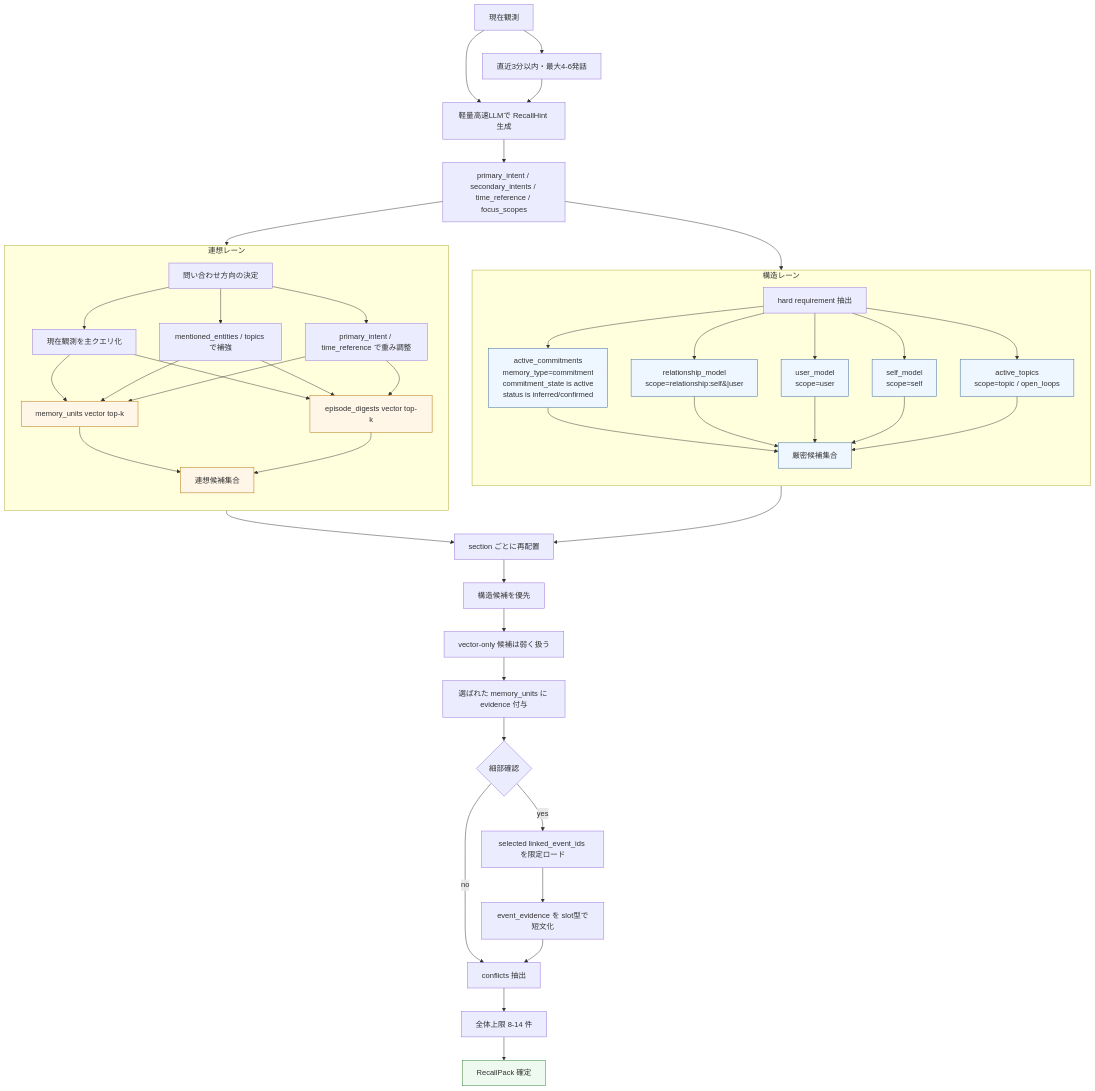
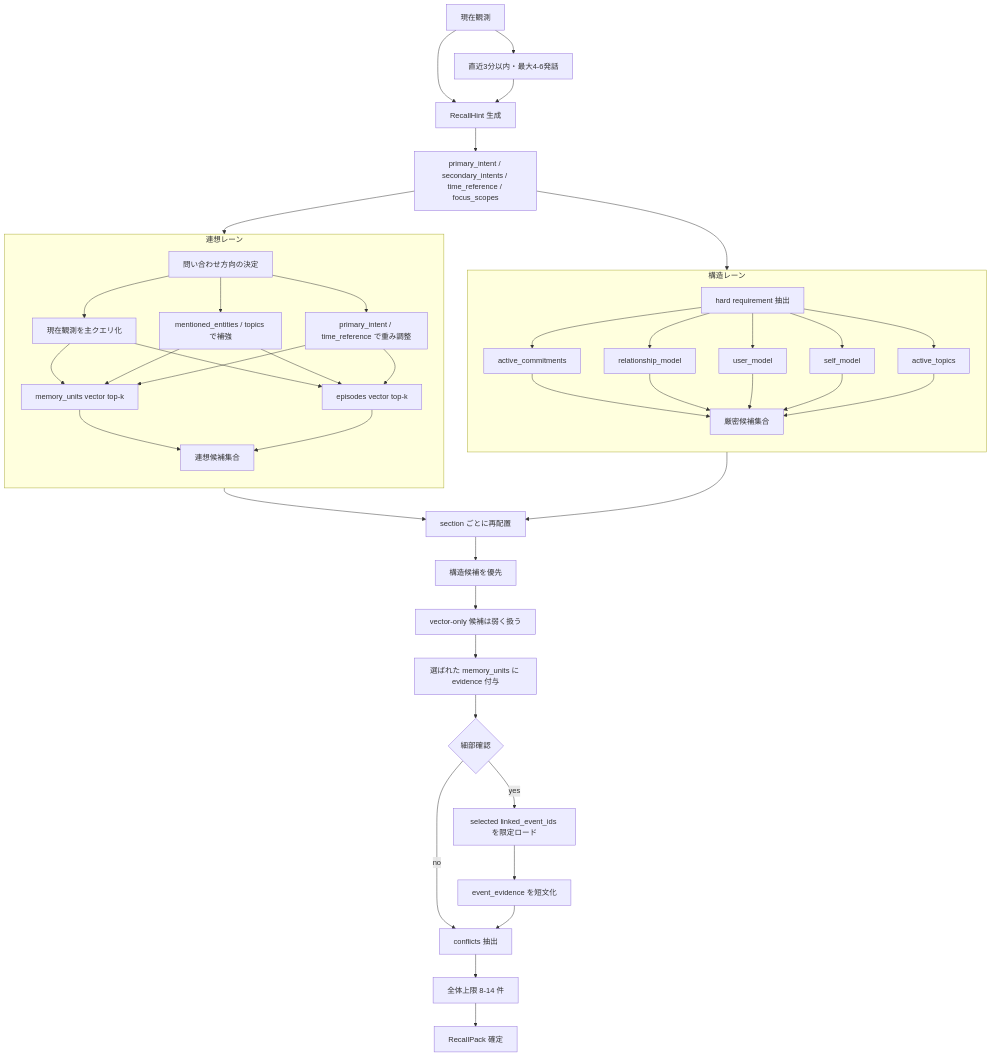
Before and after one commit to hirona98/OtomeKairo: the second of 4 diagrams in docs/design/memory/05_想起と判断フロー図.md, drawn with Mermaid. The commit also changed other lines of this file and 15 other files, not shown here.

````diff
--- a/docs/design/memory/05_想起と判断フロー図.md
+++ b/docs/design/memory/05_想起と判断フロー図.md
@@ -106,73 +97,66 @@
 ```mermaid
 flowchart TD
     A[現在観測] --> B[直近3分以内・最大4-6発話]
-    A --> C[軽量高速LLMで RecallHint 生成]
+    A --> C[RecallHint 生成]
     B --> C
     C --> D[primary_intent / secondary_intents / time_reference / focus_scopes]
 
     D --> E1
     D --> E2
 
     subgraph SL[構造レーン]
         direction TB
         E1[hard requirement 抽出]
-        F1[active_commitments<br/>memory_type=commitment<br/>commitment_state is active<br/>status is inferred/confirmed]
-        F2[relationship_model<br/>scope=relationship:self&#124;user]
-        F3[user_model<br/>scope=user]
-        F4[self_model<br/>scope=self]
-        F5[active_topics<br/>scope=topic / open_loops]
+        F1[active_commitments]
+        F2[relationship_model]
+        F3[user_model]
+        F4[self_model]
+        F5[active_topics]
         G1[厳密候補集合]
         E1 --> F1
         E1 --> F2
         E1 --> F3
         E1 --> F4
         E1 --> F5
         F1 --> G1
         F2 --> G1
         F3 --> G1
         F4 --> G1
         F5 --> G1
     end
 
     subgraph VL[連想レーン]
         direction TB
         E2[問い合わせ方向の決定]
         H1[現在観測を主クエリ化]
         H2[mentioned_entities / topics で補強]
         H3[primary_intent / time_reference で重み調整]
         H4[memory_units vector top-k]
-        H5[episode_digests vector top-k]
+        H5[episodes vector top-k]
         H6[連想候補集合]
         E2 --> H1
         E2 --> H2
         E2 --> H3
         H1 --> H4
         H1 --> H5
         H2 --> H4
         H2 --> H5
         H3 --> H4
         H3 --> H5
         H4 --> H6
         H5 --> H6
     end
 
     G1 --> I[section ごとに再配置]
     H6 --> I
     I --> J[構造候補を優先]
     J --> K[vector-only 候補は弱く扱う]
     K --> L[選ばれた memory_units に evidence 付与]
     L --> X{細部確認}
     X -- no --> M[conflicts 抽出]
     X -- yes --> Y[selected linked_event_ids を限定ロード]
-    Y --> Z[event_evidence を slot型で短文化]
+    Y --> Z[event_evidence を短文化]
     Z --> M
     M --> N[全体上限 8-14 件]
     N --> O[RecallPack 確定]
-
-    classDef strong fill:#eef6ff,stroke:#336699,stroke-width:1px;
-    classDef assoc fill:#fff6e8,stroke:#b36b00,stroke-width:1px;
-    classDef out fill:#eef9ef,stroke:#2f7d32,stroke-width:1px;
-    class F1,F2,F3,F4,F5,G1 strong;
-    class H4,H5,H6 assoc;
-    class O out;
 ```
````
